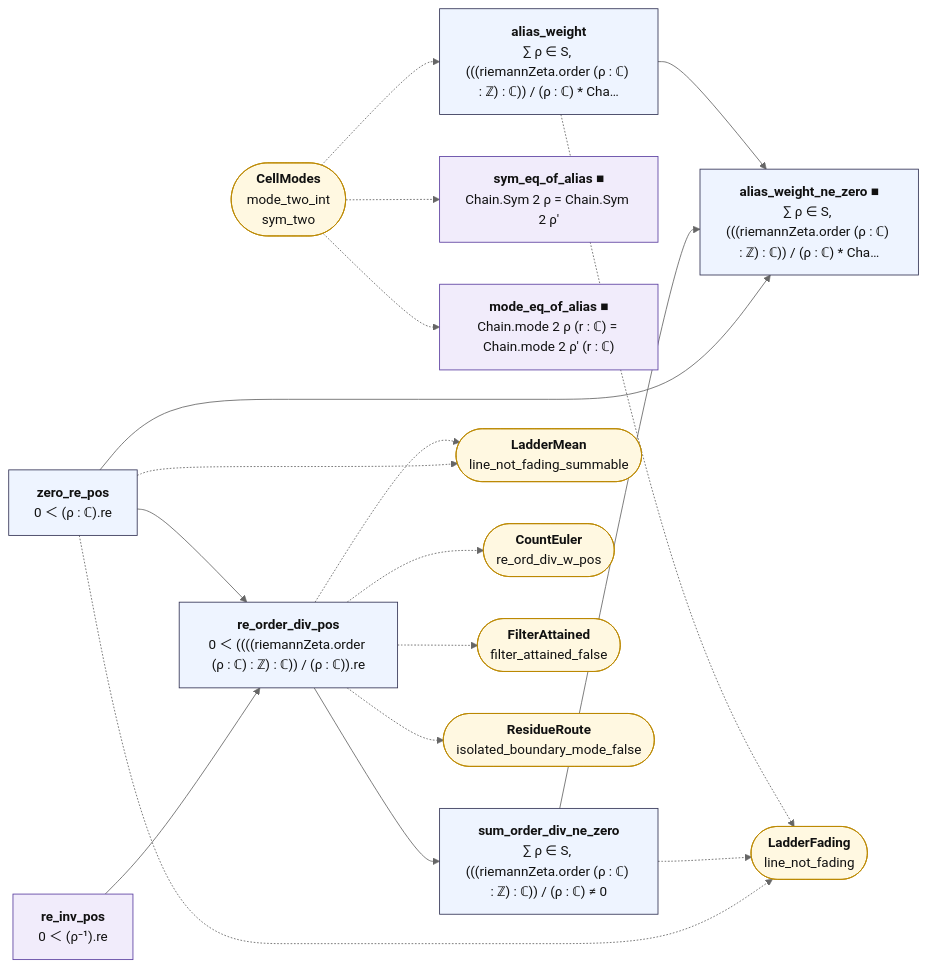
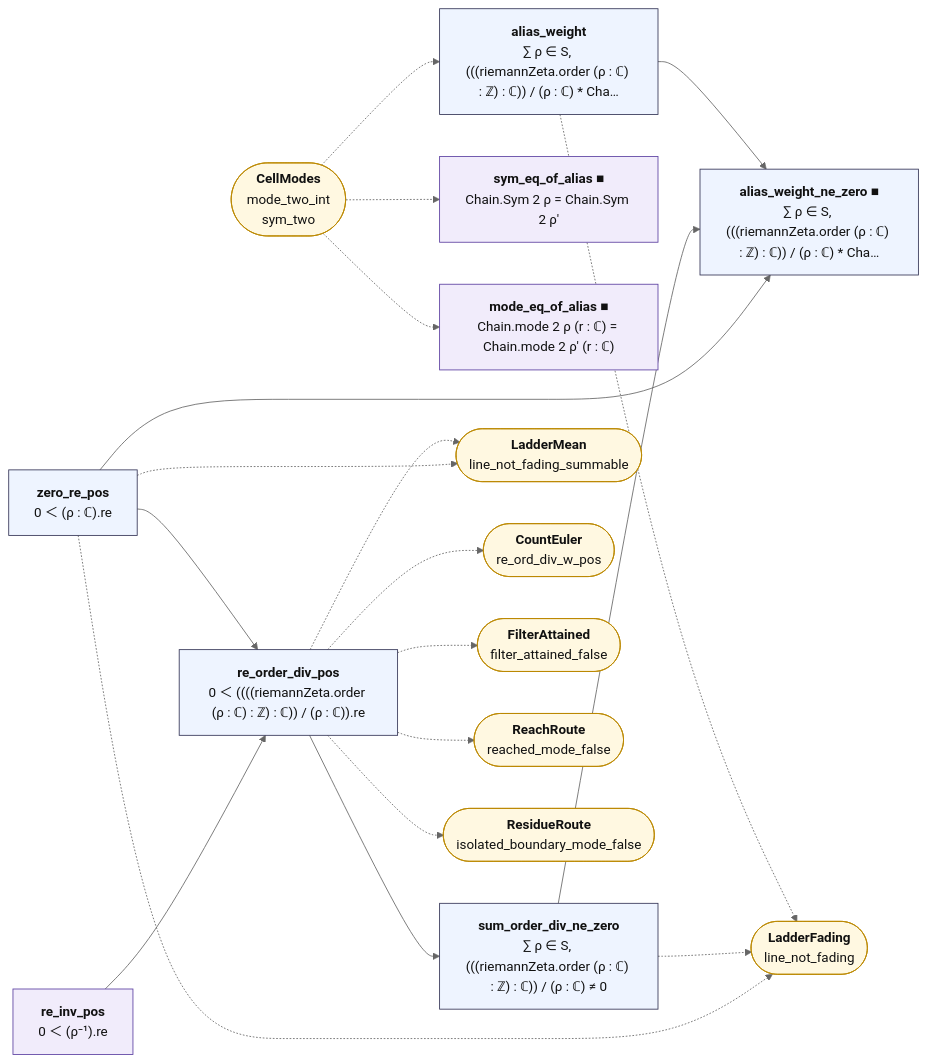
One commit to juliansambranojr/Primebeat_081426 changed the diagram in map/lean_stage3/AliasClass.mmd. Above: the diagram before and after it, drawn with Mermaid (neutral theme). The commit also changed 17 other files, not shown here.

```diff
--- a/map/lean_stage3/AliasClass.mmd
+++ b/map/lean_stage3/AliasClass.mmd
@@ -1,40 +1,42 @@
 flowchart LR
   n0["<b>re_inv_pos</b><br/>0 ＜ (ρ⁻¹).re"]:::shp
   n1["<b>zero_re_pos</b><br/>0 ＜ (ρ : ℂ).re"]:::thm
   n2["<b>re_order_div_pos</b><br/>0 ＜ ((((riemannZeta.order (ρ : ℂ) : ℤ) : ℂ)) / (ρ : ℂ)).re"]:::thm
   n3["<b>sum_order_div_ne_zero</b><br/>∑ ρ ∈ S, (((riemannZeta.order (ρ : ℂ) : ℤ) : ℂ)) / (ρ : ℂ) ≠ 0"]:::thm
   n4["<b>sym_eq_of_alias ■</b><br/>Chain.Sym 2 ρ = Chain.Sym 2 ρ'"]:::shp
   n5["<b>mode_eq_of_alias ■</b><br/>Chain.mode 2 ρ (r : ℂ) = Chain.mode 2 ρ' (r : ℂ)"]:::shp
   n6["<b>alias_weight</b><br/>∑ ρ ∈ S, (((riemannZeta.order (ρ : ℂ) : ℤ) : ℂ)) / (ρ : ℂ) * Cha…"]:::thm
   n7["<b>alias_weight_ne_zero ■</b><br/>∑ ρ ∈ S, (((riemannZeta.order (ρ : ℂ) : ℤ) : ℂ)) / (ρ : ℂ) * Cha…"]:::thm
   x0(["<b>LadderFading</b><br/>line_not_fading"]):::ext
   x1(["<b>LadderMean</b><br/>line_not_fading_summable"]):::ext
   x2(["<b>CountEuler</b><br/>re_ord_div_w_pos"]):::ext
   x3(["<b>FilterAttained</b><br/>filter_attained_false"]):::ext
-  x4(["<b>ResidueRoute</b><br/>isolated_boundary_mode_false"]):::ext
-  x5(["<b>CellModes</b><br/>mode_two_int<br/>sym_two"]):::ext
+  x4(["<b>ReachRoute</b><br/>reached_mode_false"]):::ext
+  x5(["<b>ResidueRoute</b><br/>isolated_boundary_mode_false"]):::ext
+  x6(["<b>CellModes</b><br/>mode_two_int<br/>sym_two"]):::ext
   n0 --> n2
   n1 --> n2
   n1 --> n7
   n2 --> n3
   n3 --> n7
   n6 --> n7
   n1 -.-> x0
   n1 -.-> x1
   n2 -.-> x1
   n2 -.-> x2
   n2 -.-> x3
   n2 -.-> x4
+  n2 -.-> x5
   n3 -.-> x0
   n6 -.-> x0
-  x5 -.-> n4
-  x5 -.-> n5
-  x5 -.-> n6
+  x6 -.-> n4
+  x6 -.-> n5
+  x6 -.-> n6
   classDef cnt fill:#dff5ec,stroke:#17694a,color:#111
   classDef shp fill:#f1ecfb,stroke:#5b3fa0,color:#111
   classDef rh fill:#ffe5e5,stroke:#c22,color:#111,stroke-width:2px
   classDef thm fill:#eef4ff,stroke:#335,color:#111
   classDef end_ fill:#e7f7e7,stroke:#2a7,color:#111,stroke-width:2px
   classDef lone fill:#fff,stroke:#999,color:#111,stroke-dasharray:4 3
   classDef bad fill:#ffe5e5,stroke:#c22,color:#111,stroke-width:2px
   classDef ext fill:#fff8e1,stroke:#b80,color:#111
```
